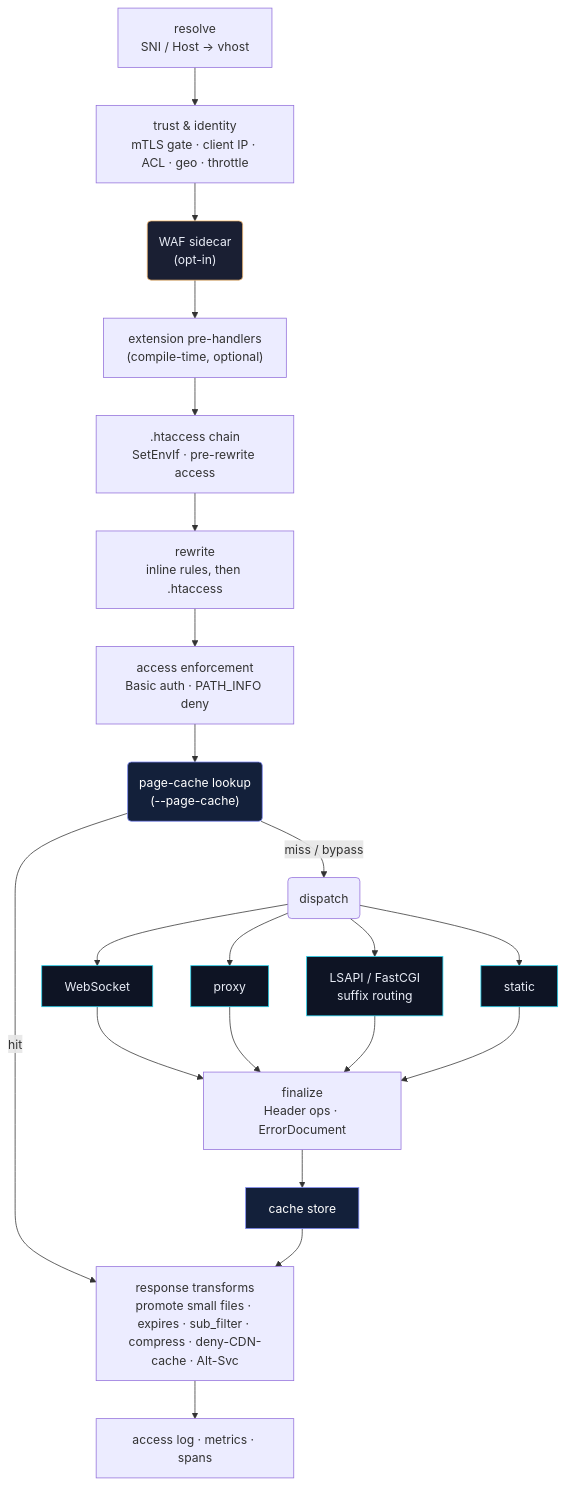
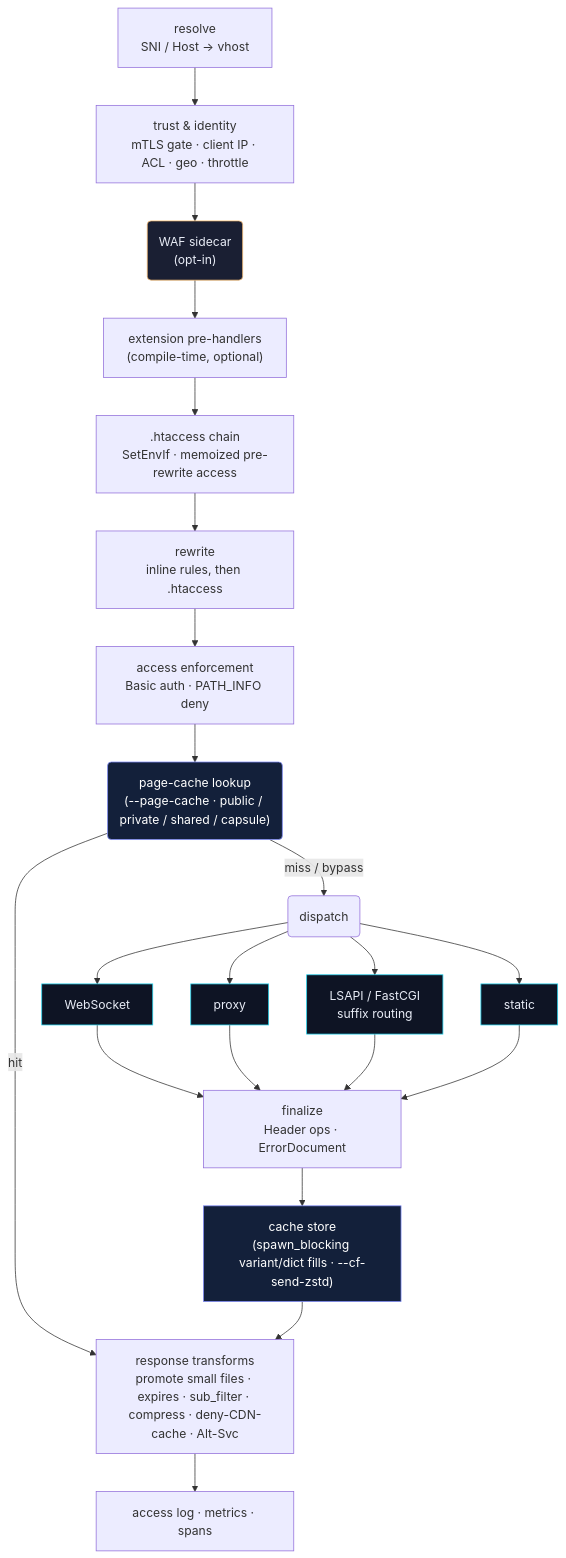
Before and after one commit to faratech/httpjet-site: the diagram in docs-src/diagrams/pipeline.mmd, drawn with Mermaid. The commit also changed 61 other files, not shown here.

Commit message:
docs: add interactive per-build performance explorer and 5 architecture diagrams (20261024b)

```diff
--- a/docs-src/diagrams/pipeline.mmd
+++ b/docs-src/diagrams/pipeline.mmd
@@ -1,33 +1,33 @@
 flowchart TB
   classDef on fill:#13203a,stroke:#818cf8,color:#fff
   classDef term fill:#0e1424,stroke:#22d3ee,color:#e8ecf6
   classDef gate fill:#1a1f33,stroke:#fbbf73,color:#e8ecf6
   A["resolve<br/>SNI / Host → vhost"] --> B["trust & identity<br/>mTLS gate · client IP · ACL · geo · throttle"]
   B --> W("WAF sidecar<br/>(opt-in)"):::gate
   W --> X["extension pre-handlers<br/>(compile-time, optional)"]
-  X --> C[".htaccess chain<br/>SetEnvIf · pre-rewrite access"]
+  X --> C[".htaccess chain<br/>SetEnvIf · memoized pre-rewrite access"]
   C --> D["rewrite<br/>inline rules, then .htaccess"]
   D --> E["access enforcement<br/>Basic auth · PATH_INFO deny"]
-  E --> F("page-cache lookup<br/>(--page-cache)"):::on
+  E --> F("page-cache lookup<br/>(--page-cache · public / private / shared / capsule)"):::on
   F -- hit --> K
   F -- miss / bypass --> G("dispatch")
   G --> G1[WebSocket]:::term
   G --> G2["proxy <context>"]:::term
   G --> G3["LSAPI / FastCGI<br/>suffix routing"]:::term
   G --> G4[static]:::term
   G1 & G2 & G3 & G4 --> H["finalize<br/>Header ops · ErrorDocument"]
-  H --> I["cache store"]:::on
+  H --> I["cache store<br/>(spawn_blocking variant/dict fills · --cf-send-zstd)"]:::on
   I --> K["response transforms<br/>promote small files · expires · sub_filter · compress · deny-CDN-cache · Alt-Svc"]
   K --> L["access log · metrics · spans"]
   click B "security.html"
   click W "extensions.html#waf"
   click X "extensions.html"
   click C "rewrite.html"
   click D "rewrite.html"
   click E "rewrite.html#basic-auth"
   click F "page-cache.html#lookup"
   click I "page-cache.html#store"
   click G2 "gateways.html"
   click G3 "lsapi.html"
   click K "compression.html"
   click L "observability.html"
```
